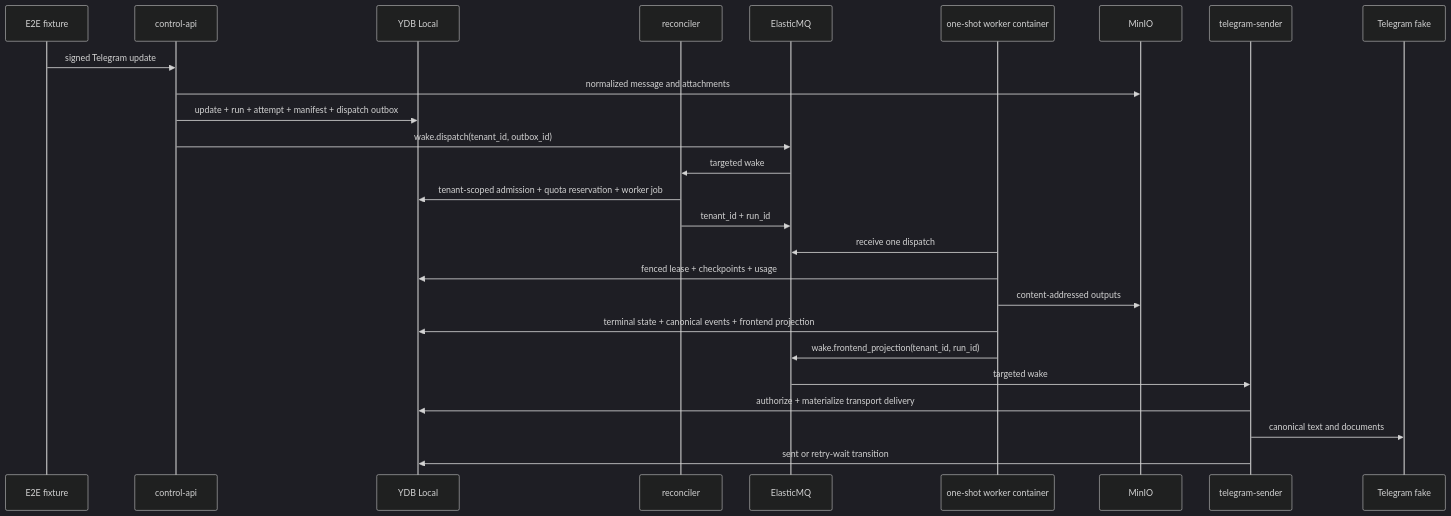
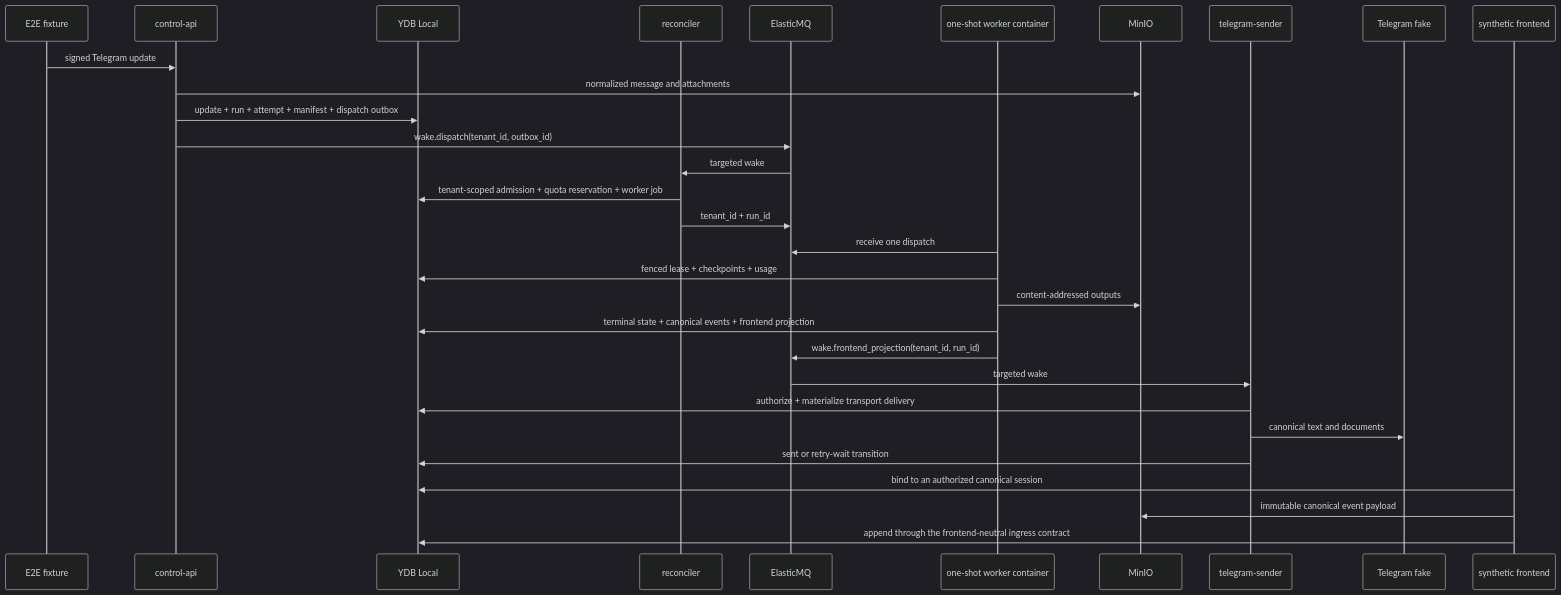
The diagram in docs/local-e2e.md (urandon/sessionless), drawn with Mermaid (dark theme) before and after one commit. The commit also changed other lines of this file and 4 other files, not shown here.

Commit message:
test: compose canonical session lifecycle e2e

````diff
--- a/docs/local-e2e.md
+++ b/docs/local-e2e.md
@@ -9,29 +9,33 @@
 ```mermaid
 sequenceDiagram
     participant Fixture as E2E fixture
     participant API as control-api
     participant DB as YDB Local
     participant Scheduler as reconciler
     participant Queue as ElasticMQ
     participant Worker as one-shot worker container
     participant Blob as MinIO
     participant Sender as telegram-sender
     participant Telegram as Telegram fake
+    participant Synthetic as synthetic frontend
 
     Fixture->>API: signed Telegram update
     API->>Blob: normalized message and attachments
     API->>DB: update + run + attempt + manifest + dispatch outbox
     API->>Queue: wake.dispatch(tenant_id, outbox_id)
     Queue->>Scheduler: targeted wake
     Scheduler->>DB: tenant-scoped admission + quota reservation + worker job
     Scheduler->>Queue: tenant_id + run_id
     Worker->>Queue: receive one dispatch
     Worker->>DB: fenced lease + checkpoints + usage
     Worker->>Blob: content-addressed outputs
     Worker->>DB: terminal state + canonical events + frontend projection
     Worker->>Queue: wake.frontend_projection(tenant_id, run_id)
     Queue->>Sender: targeted wake
     Sender->>DB: authorize + materialize transport delivery
     Sender->>Telegram: canonical text and documents
     Sender->>DB: sent or retry-wait transition
+    Synthetic->>DB: bind to an authorized canonical session
+    Synthetic->>Blob: immutable canonical event payload
+    Synthetic->>DB: append through the frontend-neutral ingress contract
 ```
````
